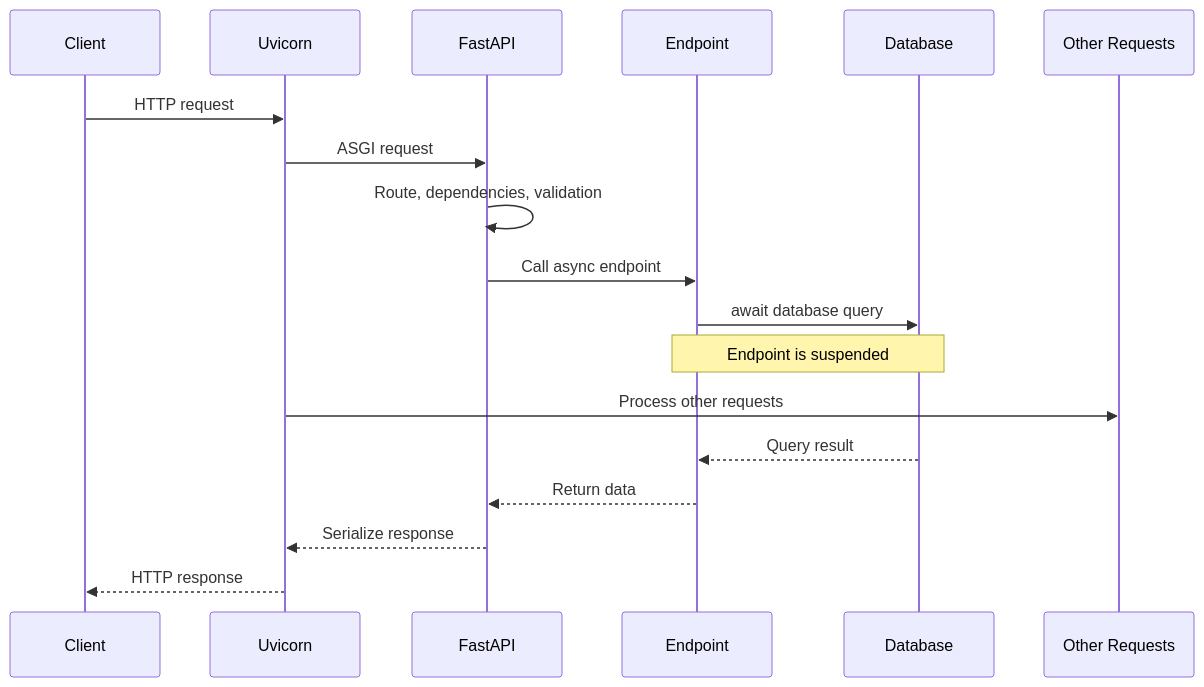
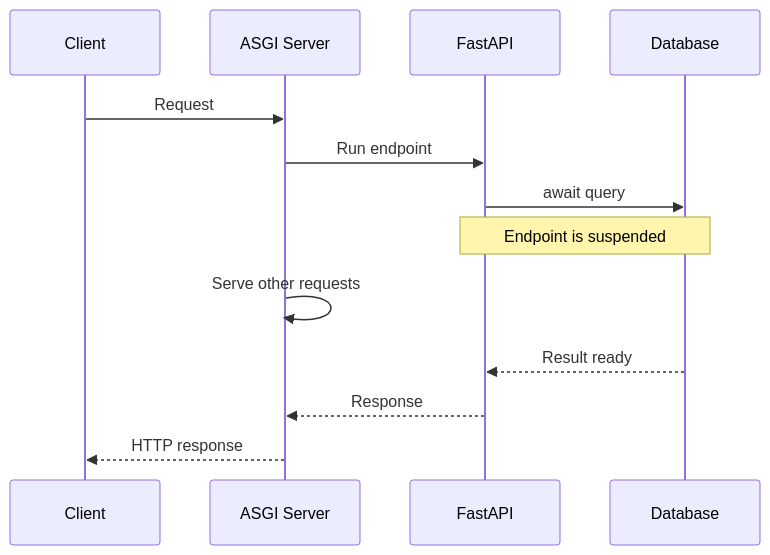
The third of 8 diagrams in src/content/fastapi/async-endpoints.md (AvadhBhalodiya/Interview-Preparation), drawn with Mermaid before and after one commit. The commit also changed other lines of this file and 80 other files, not shown here.

````diff
--- a/src/content/fastapi/async-endpoints.md
+++ b/src/content/fastapi/async-endpoints.md
@@ -138,21 +99,16 @@
 ```mermaid
 sequenceDiagram
     participant C as Client
-    participant U as Uvicorn
+    participant A as ASGI Server
     participant F as FastAPI
-    participant E as Endpoint
     participant D as Database
-    participant O as Other Requests
 
-    C->>U: HTTP request
-    U->>F: ASGI request
-    F->>F: Route, dependencies, validation
-    F->>E: Call async endpoint
-    E->>D: await database query
-    Note over E,D: Endpoint is suspended
-    U->>O: Process other requests
-    D-->>E: Query result
-    E-->>F: Return data
-    F-->>U: Serialize response
-    U-->>C: HTTP response
+    C->>A: Request
+    A->>F: Run endpoint
+    F->>D: await query
+    Note over F,D: Endpoint is suspended
+    A->>A: Serve other requests
+    D-->>F: Result ready
+    F-->>A: Response
+    A-->>C: HTTP response
 ```
````
